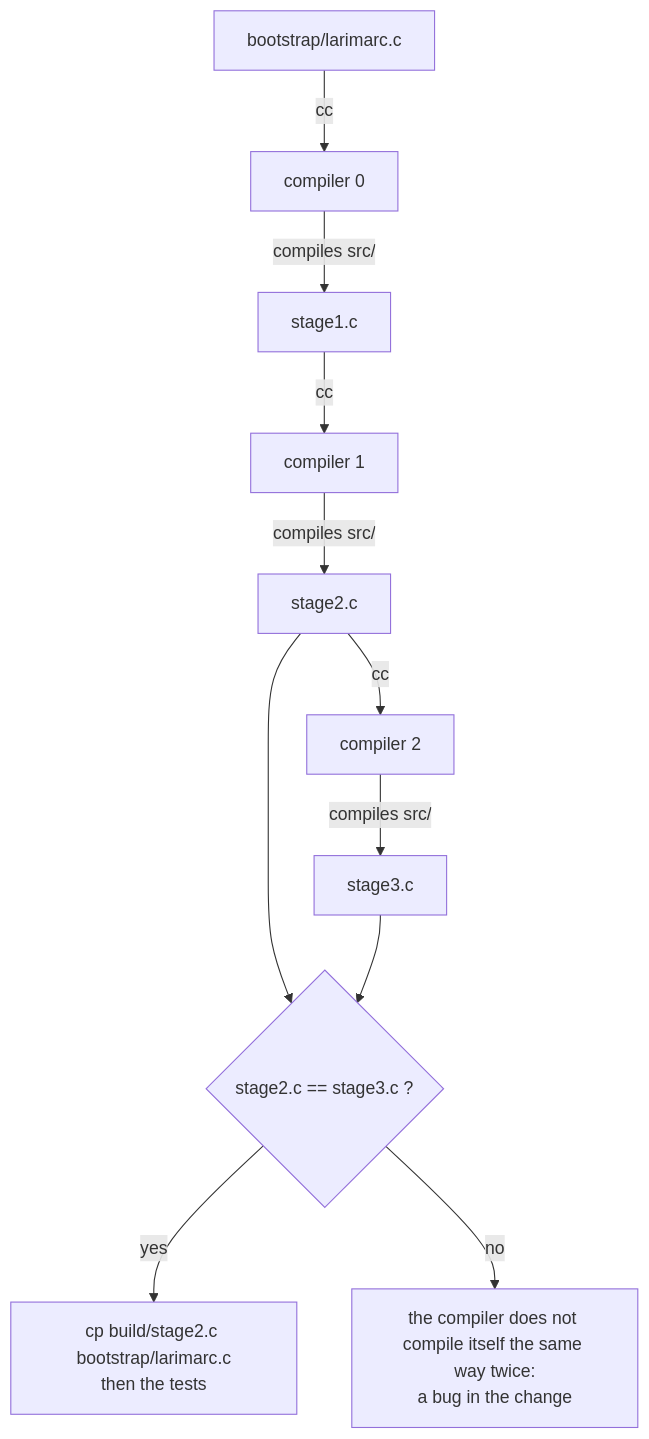
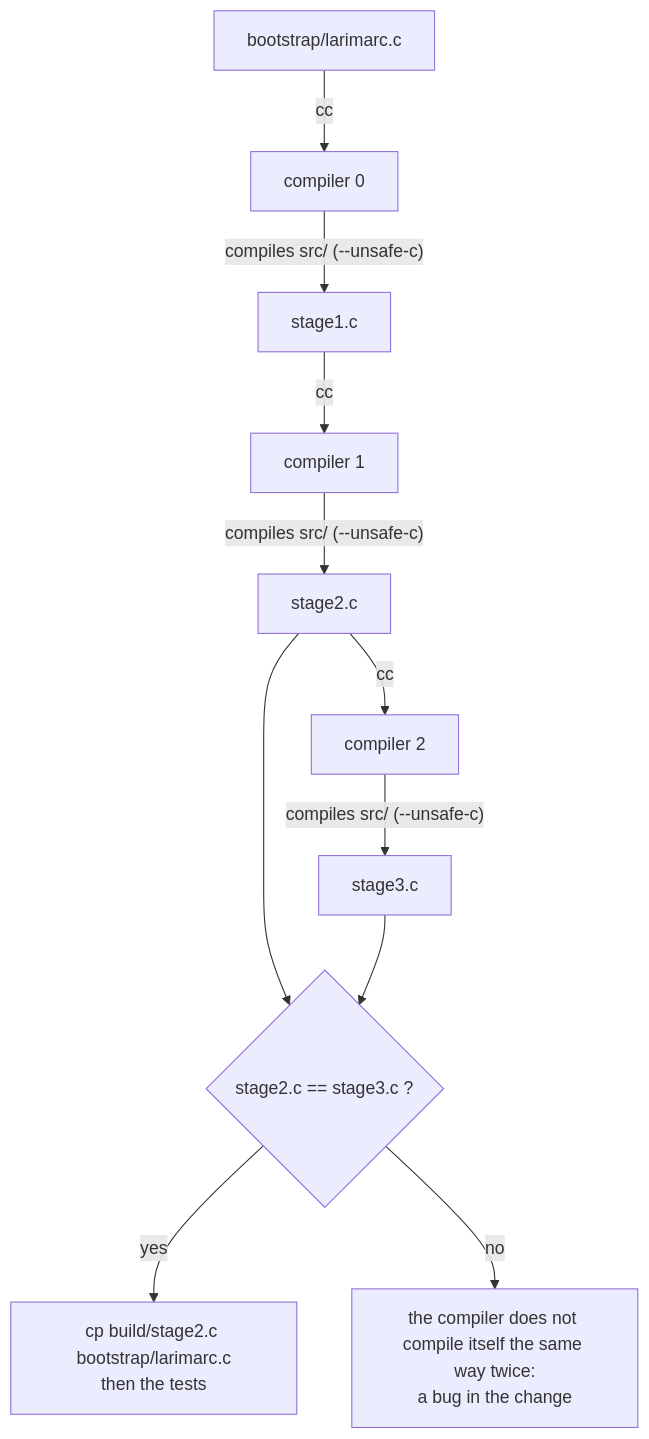
The fourth of 4 diagrams in CONTRIBUTING.md (zerh/larimar), drawn with Mermaid before and after one commit. The commit also changed other lines of this file and 54 other files, not shown here.

````diff
--- a/CONTRIBUTING.md
+++ b/CONTRIBUTING.md
@@ -127,11 +136,11 @@
 ```mermaid
 flowchart TB
     boot["bootstrap/larimarc.c"] -- cc --> c0["compiler 0"]
-    c0 -- "compiles src/" --> s1["stage1.c"] -- cc --> c1["compiler 1"]
-    c1 -- "compiles src/" --> s2["stage2.c"] -- cc --> c2["compiler 2"]
-    c2 -- "compiles src/" --> s3["stage3.c"]
+    c0 -- "compiles src/ (--unsafe-c)" --> s1["stage1.c"] -- cc --> c1["compiler 1"]
+    c1 -- "compiles src/ (--unsafe-c)" --> s2["stage2.c"] -- cc --> c2["compiler 2"]
+    c2 -- "compiles src/ (--unsafe-c)" --> s3["stage3.c"]
     s2 --> same{"stage2.c == stage3.c ?"}
     s3 --> same
     same -- yes --> ok["cp build/stage2.c bootstrap/larimarc.c<br/>then the tests"]
     same -- no --> bad["the compiler does not compile itself the same way twice:<br/>a bug in the change"]
 ```
````
